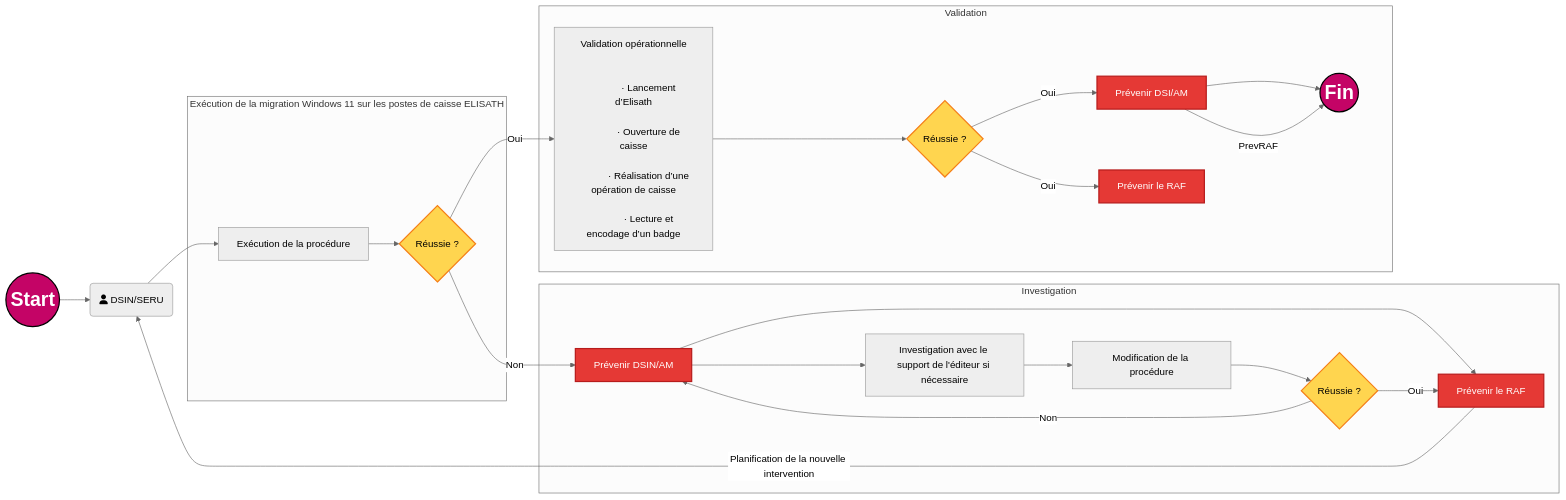
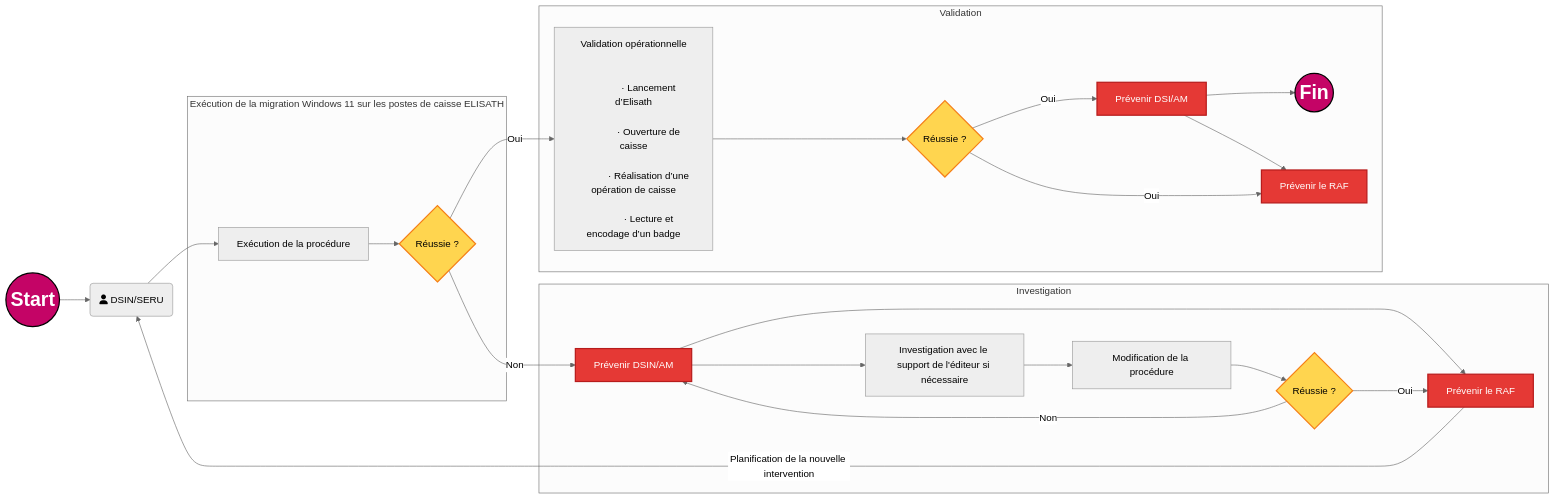
The diagram in all/Flux de validation.md (fdadda/iodraw-files), drawn with Mermaid (neutral theme) before and after one commit.

Commit message:
2026-05-12 11:36:56 update

````diff
--- a/all/Flux de validation.md
+++ b/all/Flux de validation.md
@@ -1,61 +1,61 @@
 ```mermaid
 flowchart LR
 
     start((Start)) --> A
     A(fa:fa-user DSIN/SERU) --> B[Exécution de la procédure]
 
     subgraph Exécution de la migration Windows 11 sur les postes de caisse ELISATH
         B --> C{Réussie ?}
     end
 
     subgraph Validation
         C -->|Oui| D["Validation opérationnelle<br/><br/>
             · Lancement d’Elisath<br/>
             · Ouverture de caisse<br/>
             · Réalisation d’une opération de caisse<br/>
             · Lecture et encodage d’un badge"]
 
         D --> Val{Réussie ?}
 
         Val -->|Oui| PrevDSI[Prévenir DSI/AM]
         Val -->|Oui| PrevRAF[Prévenir le RAF]
 
         PrevDSI --> fin((Fin))
-        PrevDSI  --PrevRAF --> fin
+        PrevDSI  --> PrevRAF 
     end
 
     subgraph Investigation
         C -->|Non| E[Prévenir DSIN/AM]
         E --> F[Prévenir le RAF]
         E --> G[Investigation avec le support de l'éditeur si nécessaire]
         G --> H[Modification de la procédure]
         H --> I{Réussie ?}
         I -->|Oui| F
         I -->|Non| E
     end
 
     F -->|Planification de la nouvelle intervention| A
 
     %% --- STYLES ---
     classDef StartEndPoint fill:#c40466,stroke:#000,color:#fff,stroke-width:2px,font-size:16px,font-weight:bold;
     classDef decision      fill:#ffd54f,stroke:#f57f17,color:#000,stroke-width:2px;
     classDef error         fill:#e53935,stroke:#b71c1c,color:#fff,stroke-width:2px;
 
     %% --- AFFECTATION DES CLASSES ---
     class start,fin StartEndPoint;
     class C,I,Val decision;
     class E,F,PrevDSI,PrevRAF error;
 
     %% --- “CEINTURE + BRETELLES” (force le style sur les 2 nœuds) ---
     style start font-size:32px,font-weight:bold
     style fin   font-size:32px,font-weight:bold
 
     %% --- Codes couleur (commentaires) ---
     %% Bleu marine #000080
     %% Midnight blue #191970
     %% Bleu foncé intense #080F70
     %% Bleu foncé moderne #111184
     %% Orange #ffd54f
     %% Rouge #e53935
     %% Rose CAPI #c40466
 ```
````
